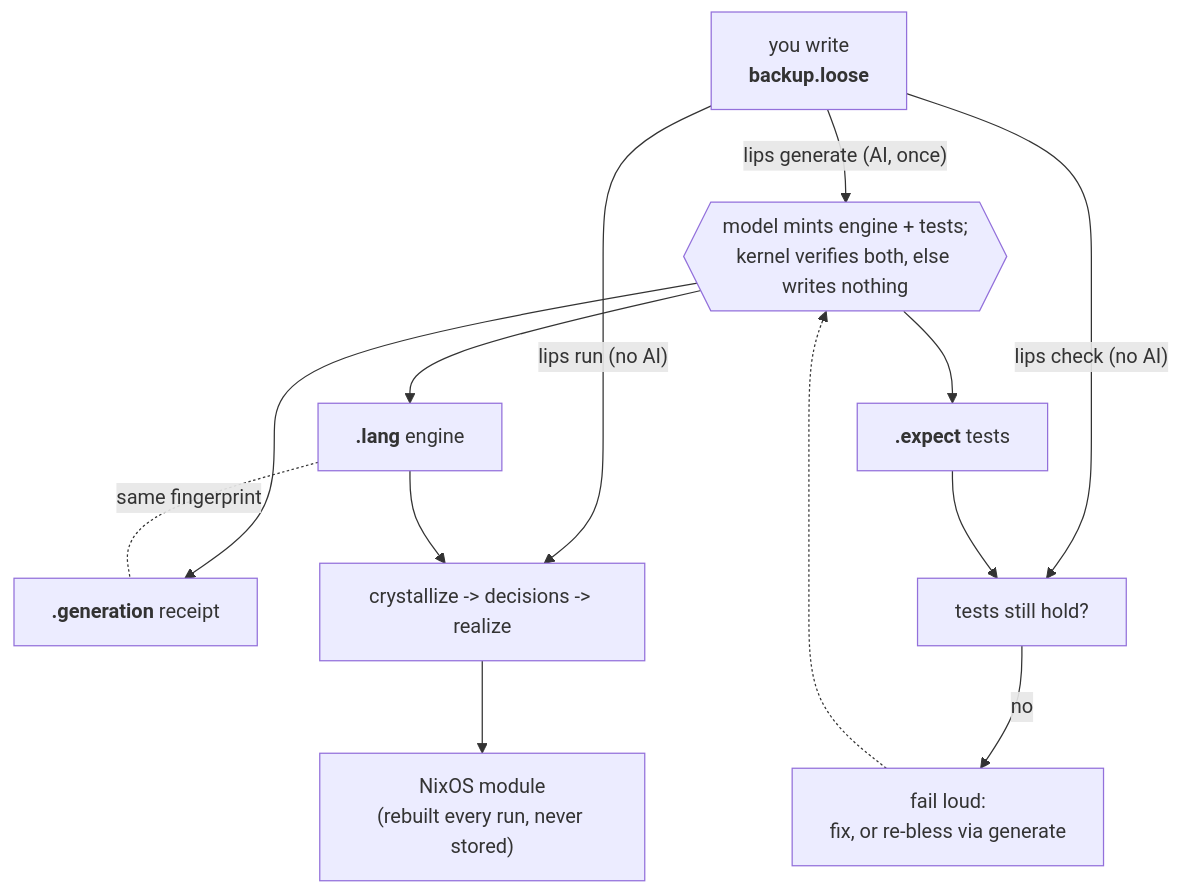
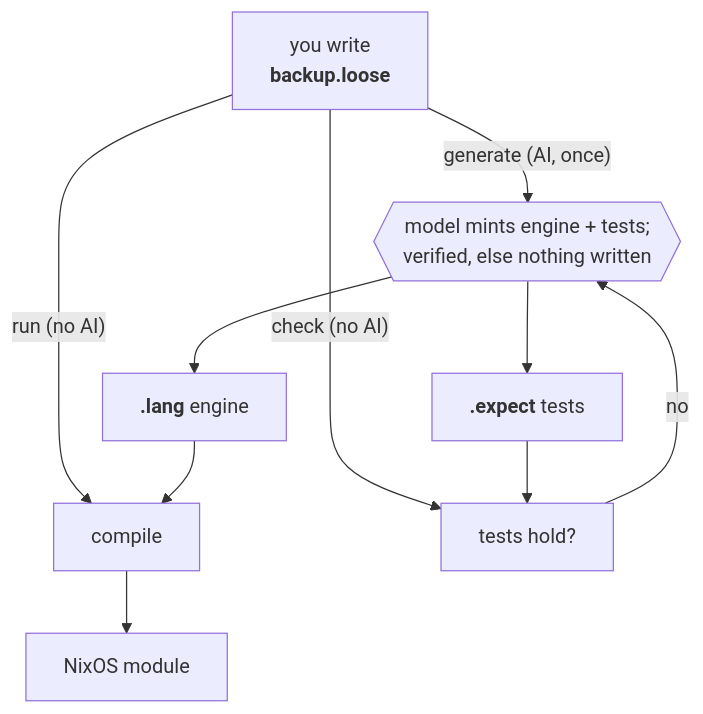
Before and after one commit to cornerman/lips: the diagram in README.md, drawn with Mermaid. The commit also changed other lines of this file, not shown here.

````diff
--- a/README.md
+++ b/README.md
@@ -61,19 +52,13 @@
 ```mermaid
 flowchart TD
     H["you write<br><b>backup.loose</b>"]
-
-    H -->|"lips generate (AI, once)"| GEN{{"model mints engine + tests;<br>kernel verifies both, else writes nothing"}}
+    H -->|"generate (AI, once)"| GEN{{"model mints engine + tests;<br>verified, else nothing written"}}
     GEN --> LANG["<b>.lang</b> engine"]
     GEN --> EXP["<b>.expect</b> tests"]
-    GEN --> REC["<b>.generation</b> receipt"]
-    LANG -.same fingerprint.- REC
-
-    H -->|"lips run (no AI)"| RUN["crystallize -> decisions -> realize"]
+    H -->|"run (no AI)"| RUN["compile"]
     LANG --> RUN
-    RUN --> MOD["NixOS module<br>(rebuilt every run, never stored)"]
-
-    H -->|"lips check (no AI)"| CHK["tests still hold?"]
+    RUN --> MOD["NixOS module"]
+    H -->|"check (no AI)"| CHK["tests hold?"]
     EXP --> CHK
-    CHK -->|no| FAIL["fail loud:<br>fix, or re-bless via generate"]
-    FAIL -.-> GEN
+    CHK -->|no| GEN
 ```
````
